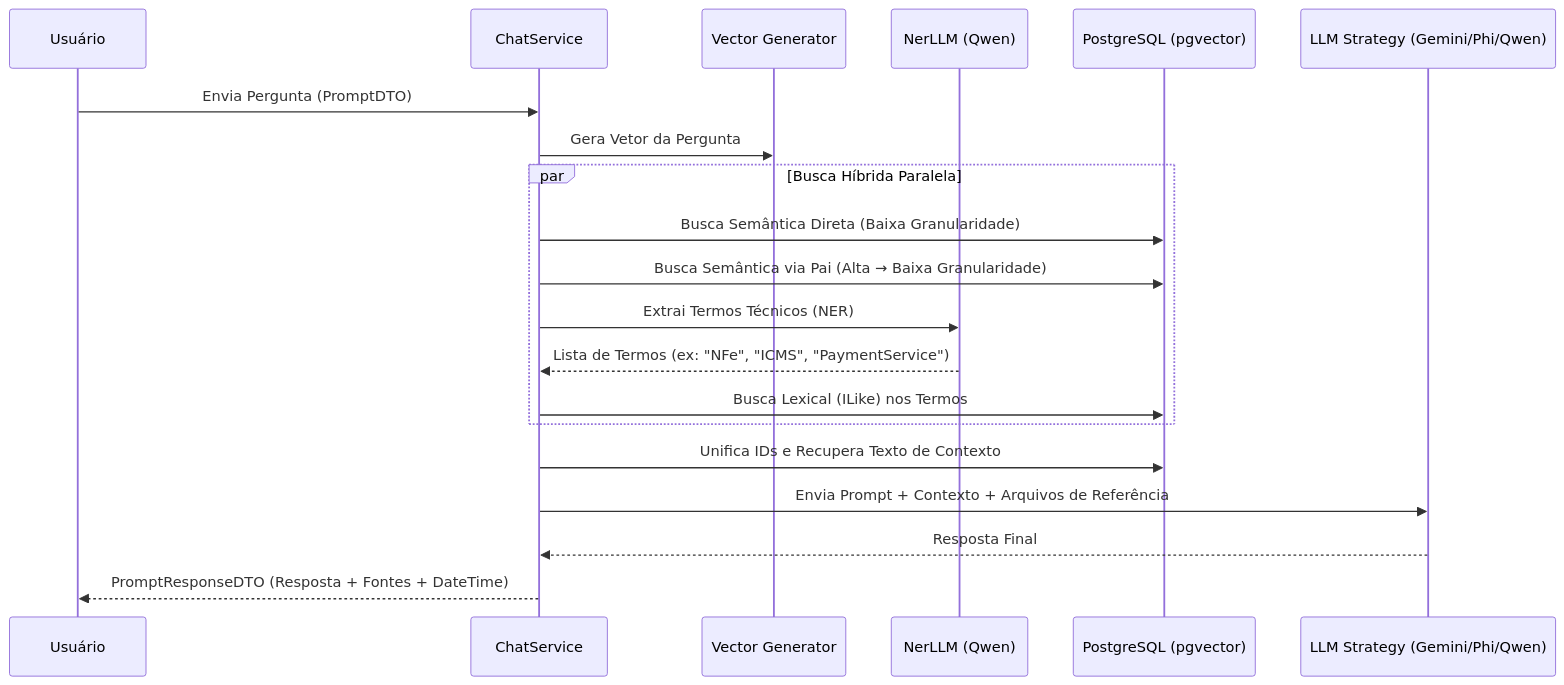
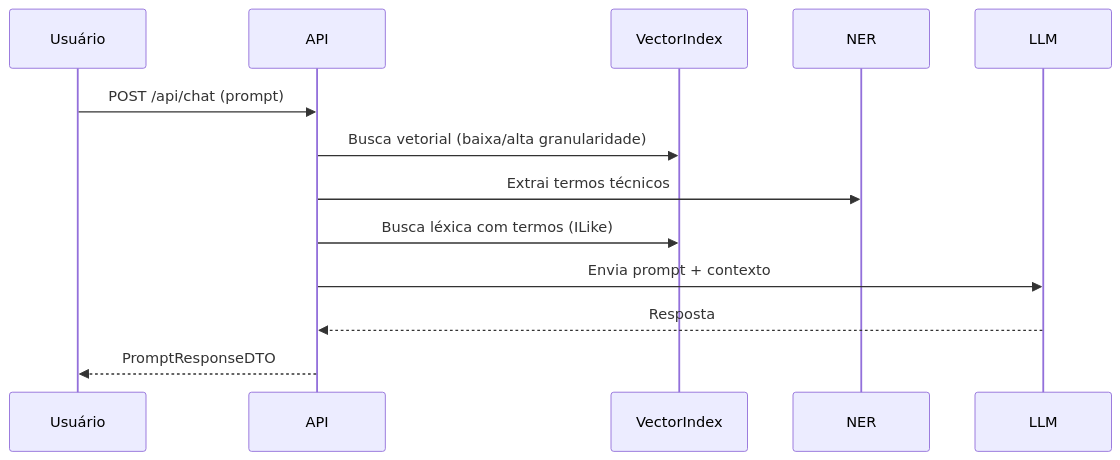
One commit to cardosodearaujo/New.AI.Chat changed the second of 2 diagrams in README.md. Above: the diagram before and after it, drawn with Mermaid. The commit also changed other lines of this file, not shown here.

````diff
--- a/README.md
+++ b/README.md
@@ -144,25 +117,16 @@
 ```mermaid
 sequenceDiagram
-    participant U as Usuário
-    participant S as ChatService
-    participant V as Vector Generator
-    participant N as NerLLM (Qwen)
-    participant DB as PostgreSQL (pgvector)
-    participant L as LLM Strategy (Gemini/Phi/Qwen)
+  participant U as Usuário
+  participant API as API
+  participant V as VectorIndex
+  participant N as NER
+  participant L as LLM
 
-    U->>S: Envia Pergunta (PromptDTO)
-    S->>V: Gera Vetor da Pergunta
-
-    par Busca Híbrida Paralela
-        S->>DB: Busca Semântica Direta (Baixa Granularidade)
-        S->>DB: Busca Semântica via Pai (Alta → Baixa Granularidade)
-        S->>N: Extrai Termos Técnicos (NER)
-        N-->>S: Lista de Termos (ex: "NFe", "ICMS", "PaymentService")
-        S->>DB: Busca Lexical (ILike) nos Termos
-    end
-
-    S->>DB: Unifica IDs e Recupera Texto de Contexto
-    S->>L: Envia Prompt + Contexto + Arquivos de Referência
-    L-->>S: Resposta Final
-    S-->>U: PromptResponseDTO (Resposta + Fontes + DateTime)
+  U->>API: POST /api/chat (prompt)
+  API->>V: Busca vetorial (baixa/alta granularidade)
+  API->>N: Extrai termos técnicos
+  API->>V: Busca léxica com termos (ILike)
+  API->>L: Envia prompt + contexto
+  L-->>API: Resposta
+  API-->>U: PromptResponseDTO
 ```
````
